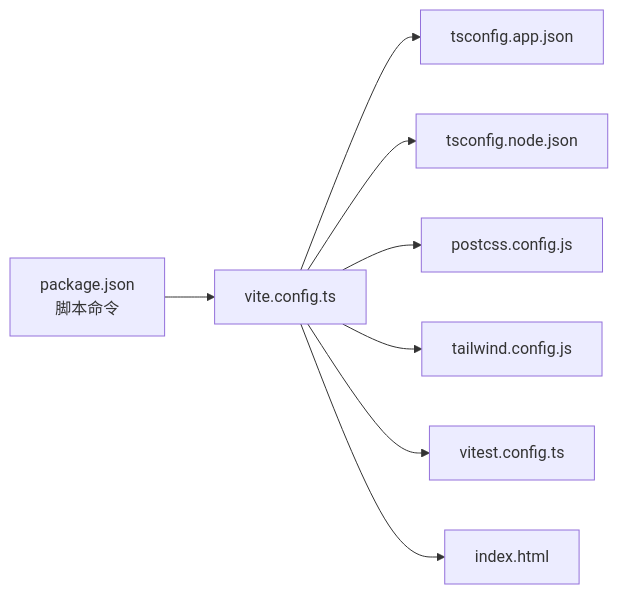
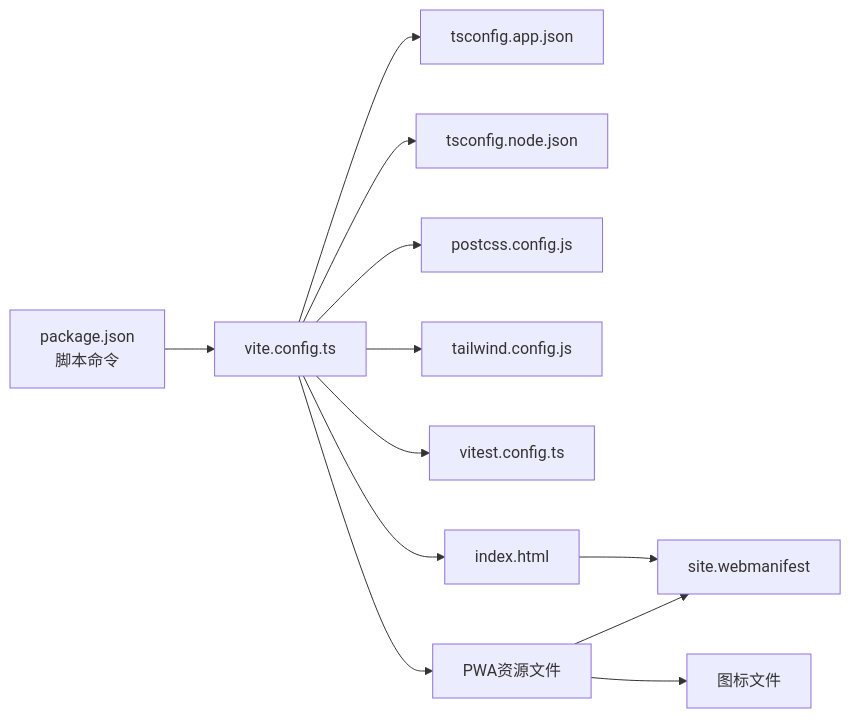
Before and after one commit to Damao997/newproject: the fourth of 4 diagrams in .qoder/repowiki/zh/content/构建与部署/构建配置详解.md, drawn with Mermaid. The commit also changed other lines of this file and 23 other files, not shown here.

````diff
--- a/.qoder/repowiki/zh/content/构建与部署/构建配置详解.md
+++ b/.qoder/repowiki/zh/content/构建与部署/构建配置详解.md
@@ -199,10 +273,14 @@
 ```mermaid
 graph LR
 Pkg["package.json<br/>脚本命令"] --> ViteCfg["vite.config.ts"]
 ViteCfg --> TSApp["tsconfig.app.json"]
 ViteCfg --> TSNd["tsconfig.node.json"]
 ViteCfg --> PostCSS["postcss.config.js"]
 ViteCfg --> Tailwind["tailwind.config.js"]
 ViteCfg --> Vitest["vitest.config.ts"]
 ViteCfg --> IndexHTML["index.html"]
+ViteCfg --> PWAFiles["PWA资源文件"]
+PWAFiles --> Manifest["site.webmanifest"]
+PWAFiles --> Icons["图标文件"]
+IndexHTML --> Manifest
 ```
````
